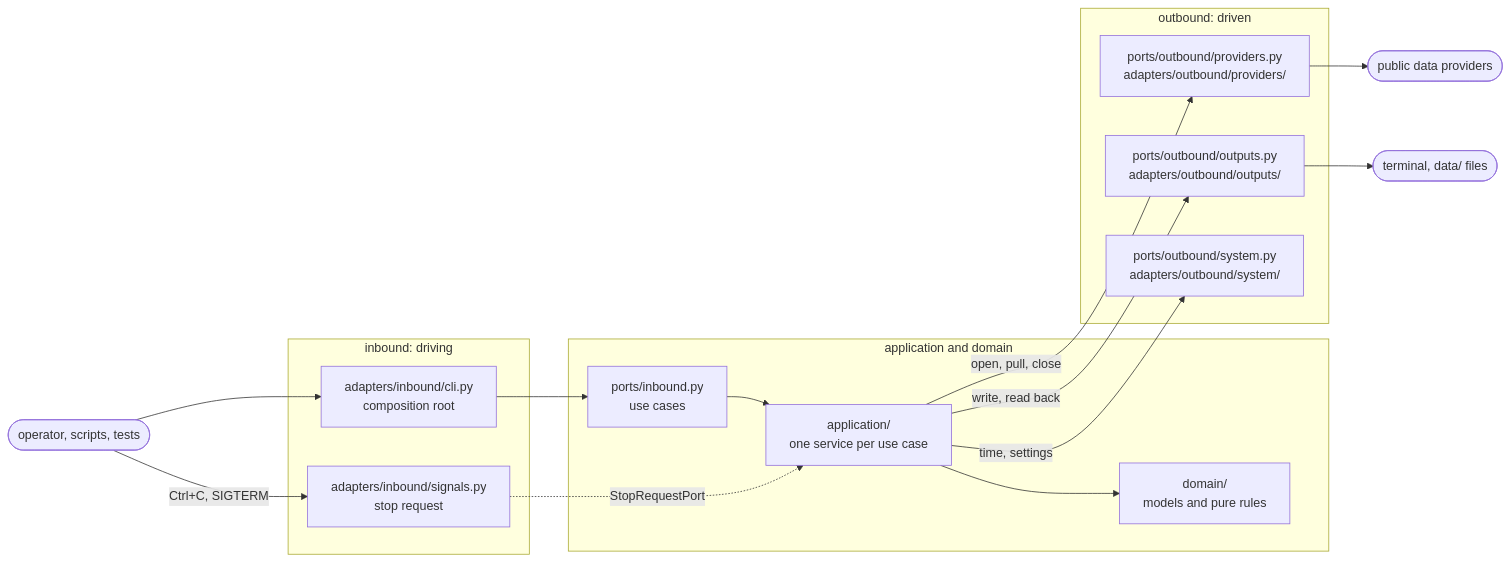
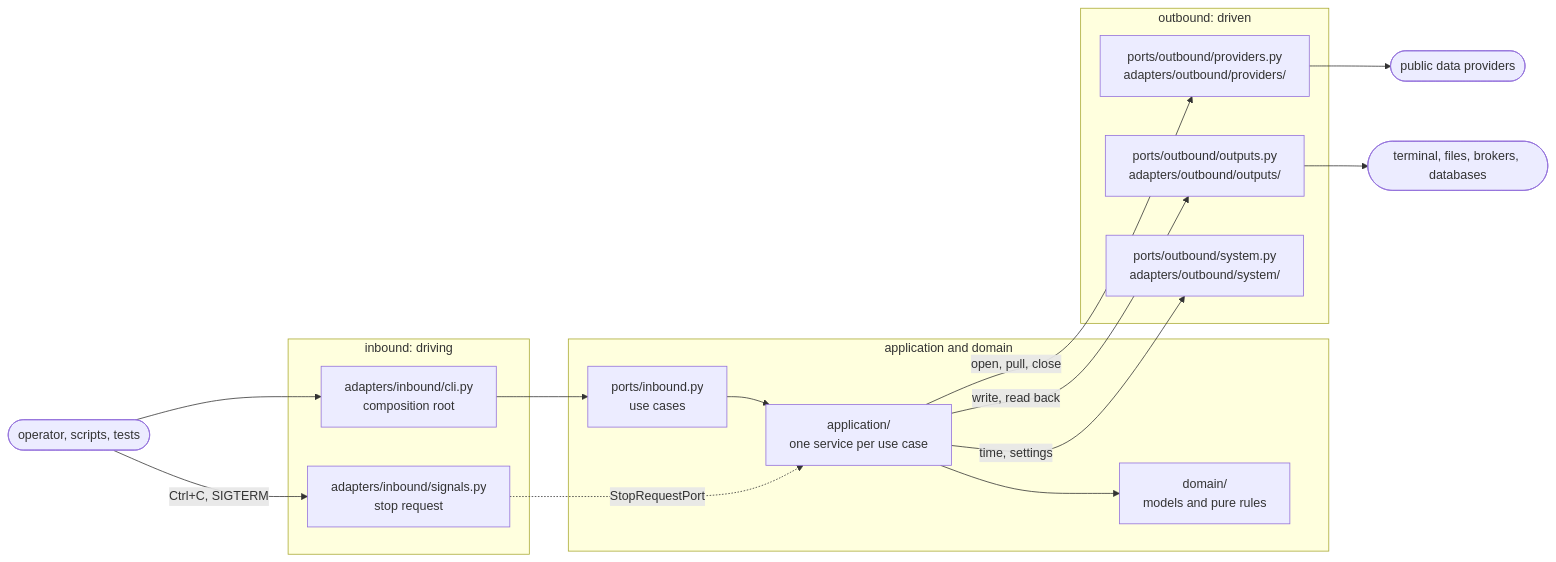
Before and after one commit to mavasbel-itam/stream-consumers: the diagram in README.md, drawn with Mermaid. The commit also changed other lines of this file and 5 other files, not shown here.

````diff
--- a/README.md
+++ b/README.md
@@ -1104,25 +1353,25 @@
 ```mermaid
 flowchart LR
   user([operator, scripts, tests]) --> cli
   user -->|Ctrl+C, SIGTERM| signals
   subgraph inbound [inbound: driving]
     cli[adapters/inbound/cli.py<br/>composition root]
     signals[adapters/inbound/signals.py<br/>stop request]
   end
   subgraph core [application and domain]
     usecases[ports/inbound.py<br/>use cases] --> services[application/<br/>one service per use case]
     services --> domain[domain/<br/>models and pure rules]
   end
   cli --> usecases
   signals -.->|StopRequestPort| services
   subgraph outbound [outbound: driven]
     providers[ports/outbound/providers.py<br/>adapters/outbound/providers/]
     outputs[ports/outbound/outputs.py<br/>adapters/outbound/outputs/]
     system[ports/outbound/system.py<br/>adapters/outbound/system/]
   end
   services -->|open, pull, close| providers
   services -->|write, read back| outputs
   services -->|time, settings| system
   providers --> internet([public data providers])
-  outputs --> files([terminal, data/ files])
+  outputs --> files([terminal, files, brokers, databases])
 ```
````
